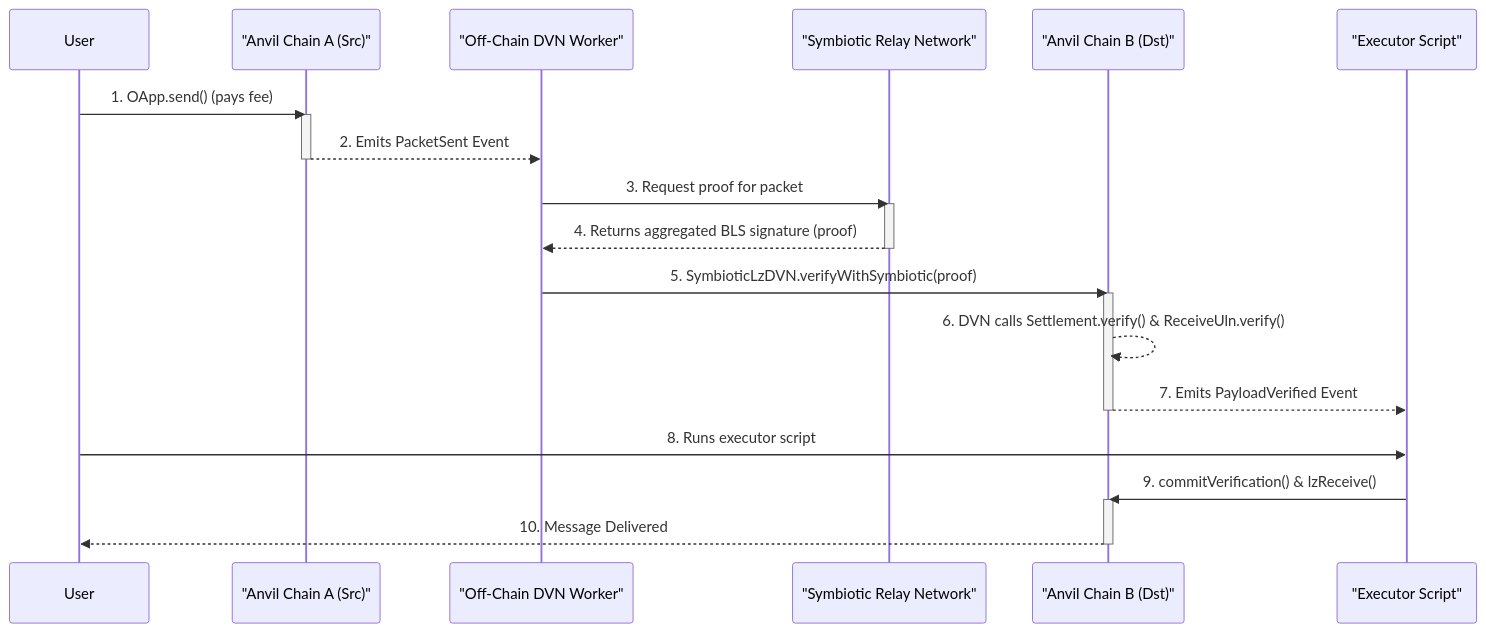
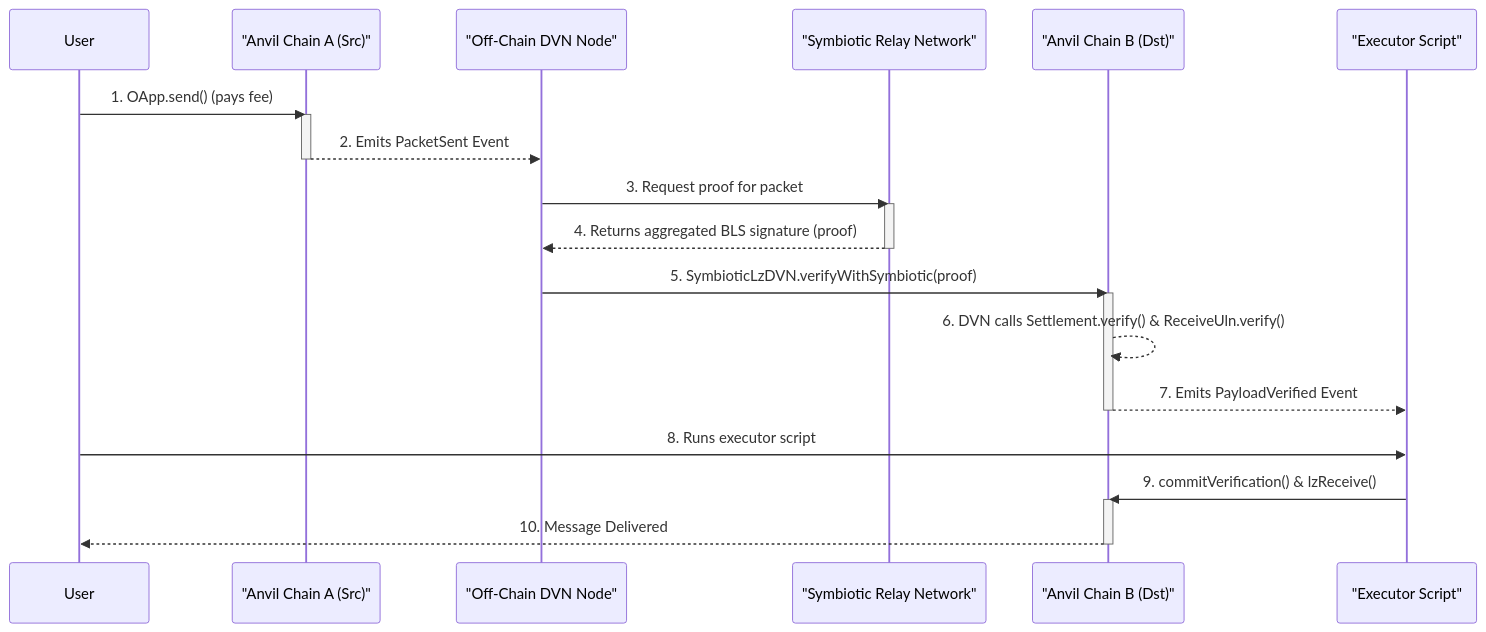
Before and after one commit to gaib-ai/symbiotic-super-sum: the diagram in README.md, drawn with Mermaid. The commit also changed other lines of this file and 1 other file, not shown here.

Commit message:
refactor: update README and processor for dvn-node integration
- Renamed references from `dvn-worker` to `dvn-node` in the README to reflect the updated architecture.
- Improved the packet handling logic in the processor by directly unpacking the ABI-encoded data from the PacketSent event.
- Enhanced logging in the handlePacket method to provide clearer insights into the signature request process.

````diff
--- a/README.md
+++ b/README.md
@@ -48,31 +48,31 @@
 ```mermaid
 sequenceDiagram
     participant User
     participant ChainA as "Anvil Chain A (Src)"
-    participant dvn-worker as "Off-Chain DVN Worker"
+    participant dvn-node as "Off-Chain DVN Node"
     participant relay-network as "Symbiotic Relay Network"
     participant ChainB as "Anvil Chain B (Dst)"
     participant Executor as "Executor Script"
 
     User->>ChainA: 1. OApp.send() (pays fee)
     activate ChainA
-    ChainA-->>dvn-worker: 2. Emits PacketSent Event
+    ChainA-->>dvn-node: 2. Emits PacketSent Event
     deactivate ChainA
 
-    dvn-worker->>relay-network: 3. Request proof for packet
+    dvn-node->>relay-network: 3. Request proof for packet
     activate relay-network
-    relay-network-->>dvn-worker: 4. Returns aggregated BLS signature (proof)
+    relay-network-->>dvn-node: 4. Returns aggregated BLS signature (proof)
     deactivate relay-network
     
-    dvn-worker->>ChainB: 5. SymbioticLzDVN.verifyWithSymbiotic(proof)
+    dvn-node->>ChainB: 5. SymbioticLzDVN.verifyWithSymbiotic(proof)
     activate ChainB
     ChainB-->>ChainB: 6. DVN calls Settlement.verify() & ReceiveUln.verify()
     ChainB-->>Executor: 7. Emits PayloadVerified Event
     deactivate ChainB
 
     User->>Executor: 8. Runs executor script
     Executor->>ChainB: 9. commitVerification() & lzReceive()
     activate ChainB
     ChainB-->>User: 10. Message Delivered
     deactivate ChainB
 ```
````
